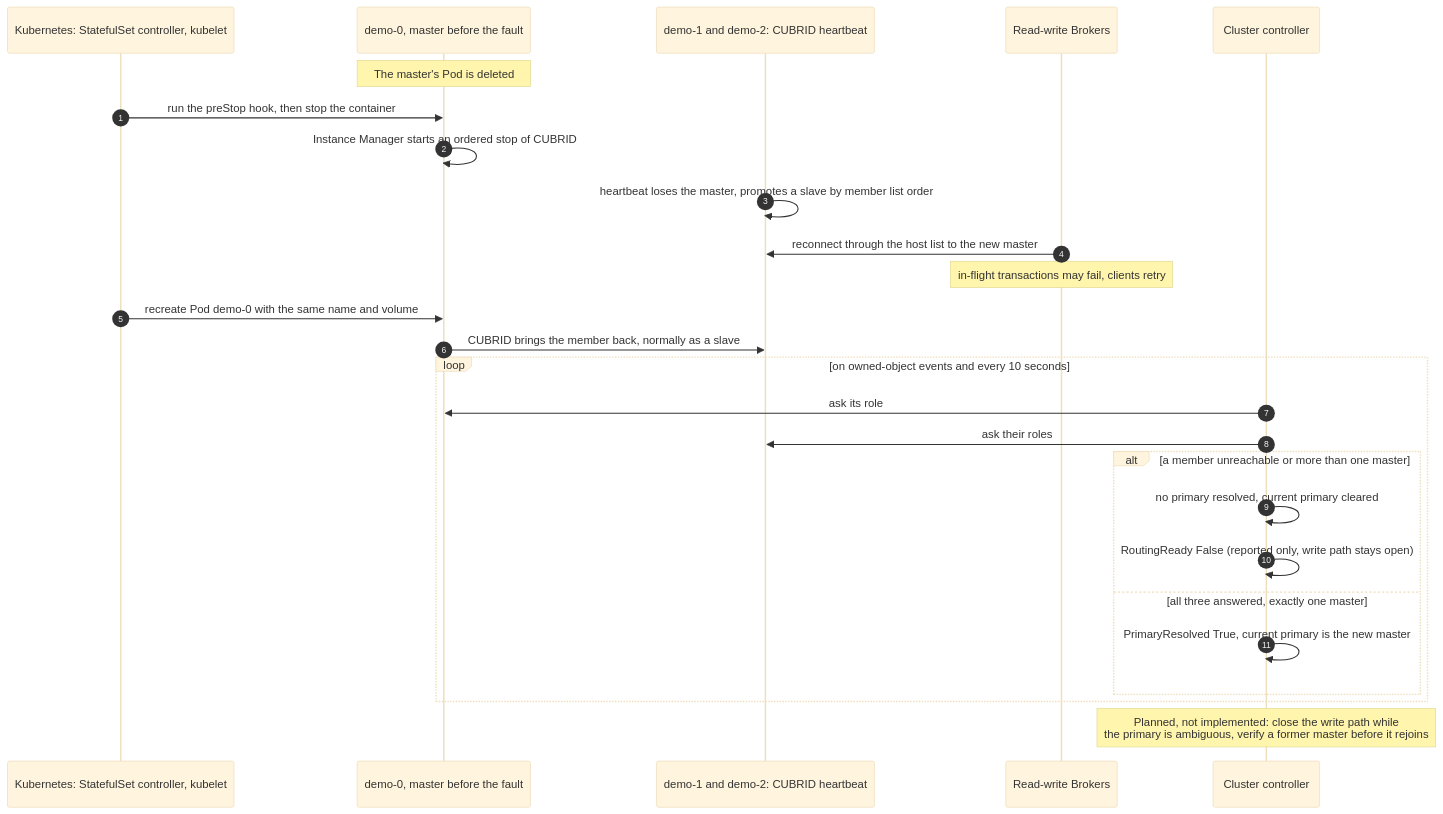
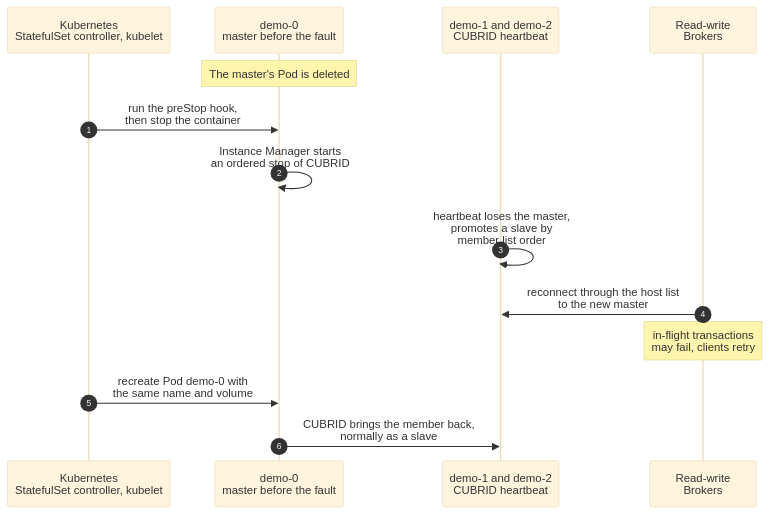
One commit to cubrid-lab/cubrid-kubernetes-operator changed the first of 2 diagrams in docs/architecture/failure-recovery.md. Above: the diagram before and after it, drawn with Mermaid (base theme). The commit also changed other lines of this file and 4 other files, not shown here.

First line of the commit message:
docs(architecture): make the diagrams readable on GitHub and cite code by symbol

````diff
--- a/docs/architecture/failure-recovery.md
+++ b/docs/architecture/failure-recovery.md
@@ -21,29 +26,17 @@
 ```mermaid
 sequenceDiagram
     autonumber
-    participant K8S as Kubernetes: StatefulSet controller, kubelet
-    participant OLD as demo-0, master before the fault
-    participant HA as demo-1 and demo-2: CUBRID heartbeat
-    participant BRW as Read-write Brokers
-    participant CC as Cluster controller
+    participant K8S as Kubernetes<br/>StatefulSet controller, kubelet
+    participant OLD as demo-0<br/>master before the fault
+    participant HA as demo-1 and demo-2<br/>CUBRID heartbeat
+    participant BRW as Read-write<br/>Brokers
 
     Note over OLD: The master's Pod is deleted
-    K8S->>OLD: run the preStop hook, then stop the container
-    OLD->>OLD: Instance Manager starts an ordered stop of CUBRID
-    HA->>HA: heartbeat loses the master, promotes a slave by member list order
-    BRW->>HA: reconnect through the host list to the new master
-    Note over BRW: in-flight transactions may fail, clients retry
-    K8S->>OLD: recreate Pod demo-0 with the same name and volume
-    OLD->>HA: CUBRID brings the member back, normally as a slave
-    loop on owned-object events and every 10 seconds
-        CC->>OLD: ask its role
-        CC->>HA: ask their roles
-        alt a member unreachable or more than one master
-            CC->>CC: no primary resolved, current primary cleared
-            CC->>CC: RoutingReady False (reported only, write path stays open)
-        else all three answered, exactly one master
-            CC->>CC: PrimaryResolved True, current primary is the new master
-        end
-    end
-    Note over CC: Planned, not implemented: close the write path while<br/>the primary is ambiguous, verify a former master before it rejoins
+    K8S->>OLD: run the preStop hook,<br/>then stop the container
+    OLD->>OLD: Instance Manager starts<br/>an ordered stop of CUBRID
+    HA->>HA: heartbeat loses the master,<br/>promotes a slave by<br/>member list order
+    BRW->>HA: reconnect through the host list<br/>to the new master
+    Note over BRW: in-flight transactions<br/>may fail, clients retry
+    K8S->>OLD: recreate Pod demo-0 with<br/>the same name and volume
+    OLD->>HA: CUBRID brings the member back,<br/>normally as a slave
 ```
````
